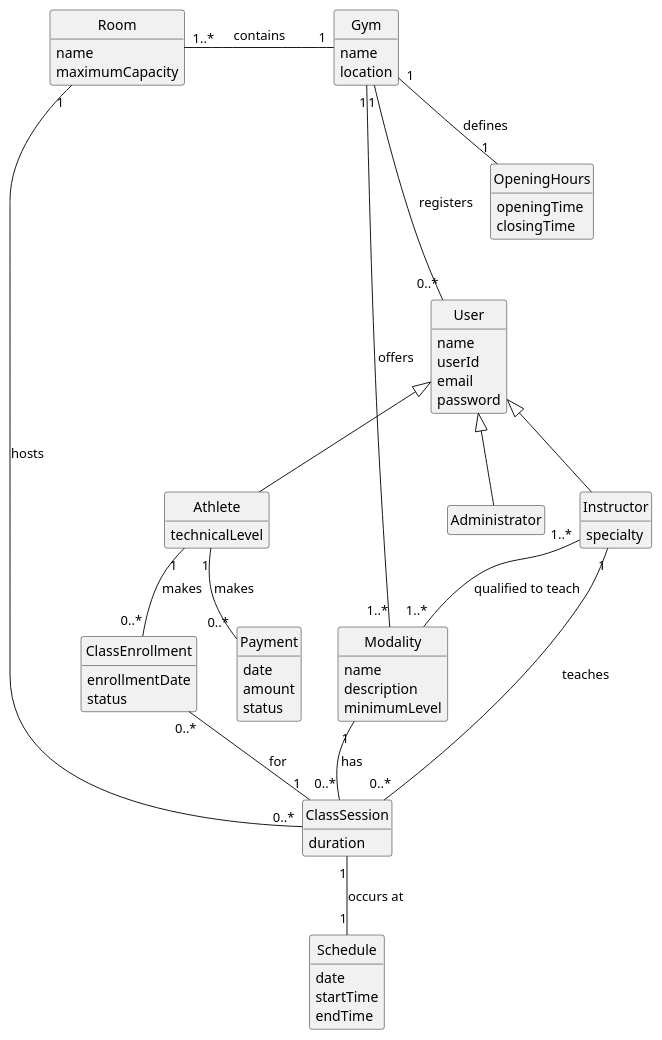
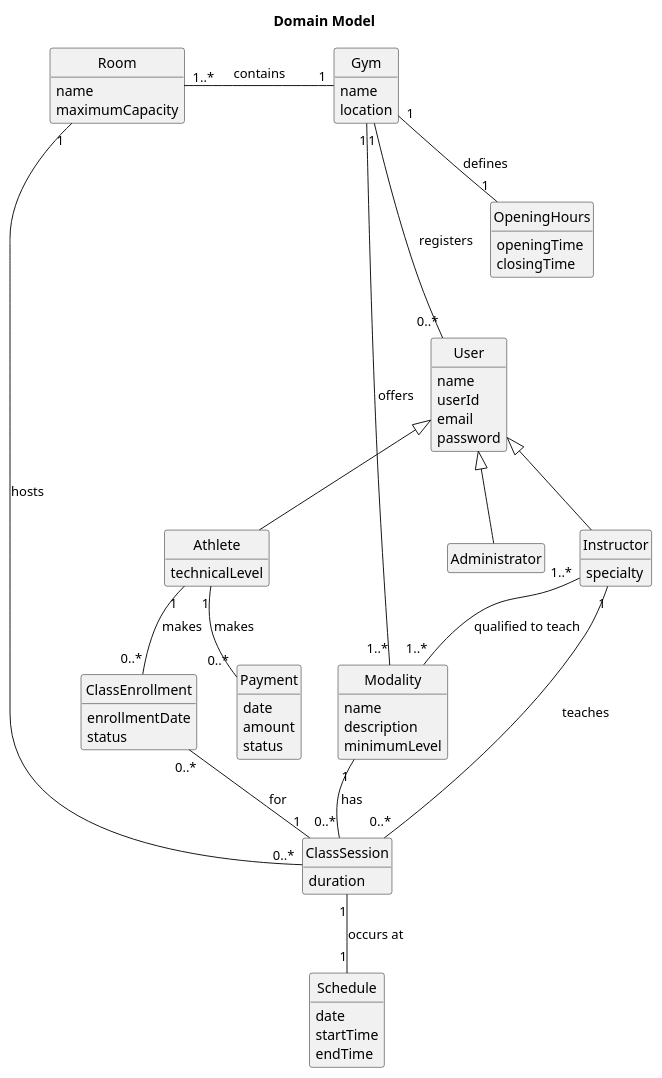
One commit to goncaloribeiro1234/fsoft2026_1DD_4 changed the diagram in Documentation/Iteration 2/Design/domain_model_it2.puml. Above: the diagram before and after it, drawn with PlantUML. The commit also changed 17 other files, not shown here.

Commit message:
Documentaçaõ IT2 com diagramas

```diff
--- a/Documentation/Iteration 2/Design/domain_model_it2.puml
+++ b/Documentation/Iteration 2/Design/domain_model_it2.puml
@@ -1,98 +1,100 @@
 @startuml
 skinparam style strictuml
 hide empty members
 top to bottom direction
+
+title Domain Model
 
 class Gym {
     name
     location
 }
 
 class OpeningHours {
     openingTime
     closingTime
 }
 
 class User {
     name
     userId
     email
     password
 }
 
 class Administrator {
 }
 
 class Instructor {
     specialty
 }
 
 class Athlete {
     technicalLevel
 }
 
 class Modality {
     name
     description
     minimumLevel
 }
 
 class ClassSession {
     duration
 }
 
 class Room {
     name
     maximumCapacity
 }
 
 class Schedule {
     date
     startTime
     endTime
 }
 
 class Payment {
     date
     amount
     status
 }
 
 class ClassEnrollment {
     enrollmentDate
     status
 }
 
 User <|-- Administrator
 User <|-- Instructor
 User <|-- Athlete
 
 Gym -[hidden]down- OpeningHours
 OpeningHours -[hidden]down- User
 User -[hidden]down- Modality
 Modality -[hidden]down- ClassSession
 ClassSession -[hidden]down- Schedule
 
 Gym -[hidden]left- Room
 Room -[hidden]down- ClassEnrollment
 
 Athlete -[hidden]down- Payment
 
 Gym "1" -- "1" OpeningHours : defines
 Gym "1" -- "1..*" Room : contains
 Gym "1" -- "1..*" Modality : offers
 Gym "1" -- "0..*" User : registers
 
 Instructor "1..*" -- "1..*" Modality : qualified to teach
 
 Modality "1" -- "0..*" ClassSession : has
 Instructor "1" -- "0..*" ClassSession : teaches
 Room "1" -- "0..*" ClassSession : hosts
 ClassSession "1" -- "1" Schedule : occurs at
 
 Athlete "1" -- "0..*" ClassEnrollment : makes
 ClassEnrollment "0..*" -- "1" ClassSession : for
 
 Athlete "1" -- "0..*" Payment : makes
 
 @enduml
```
